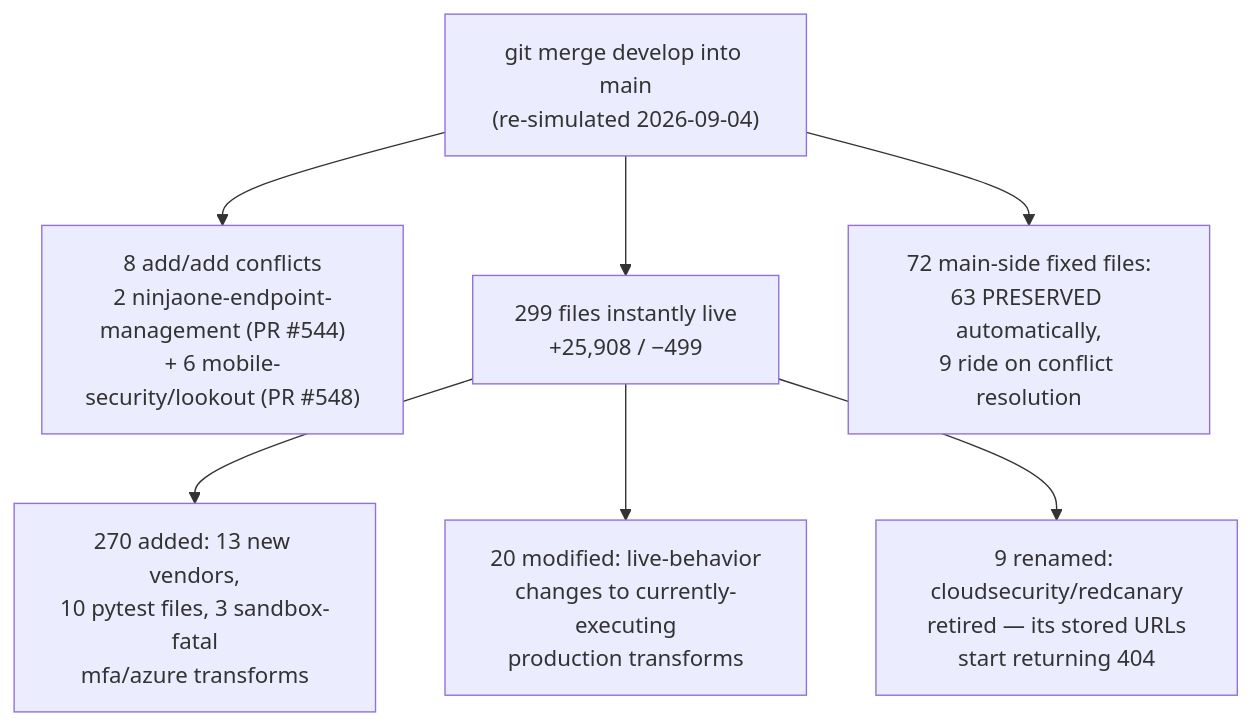
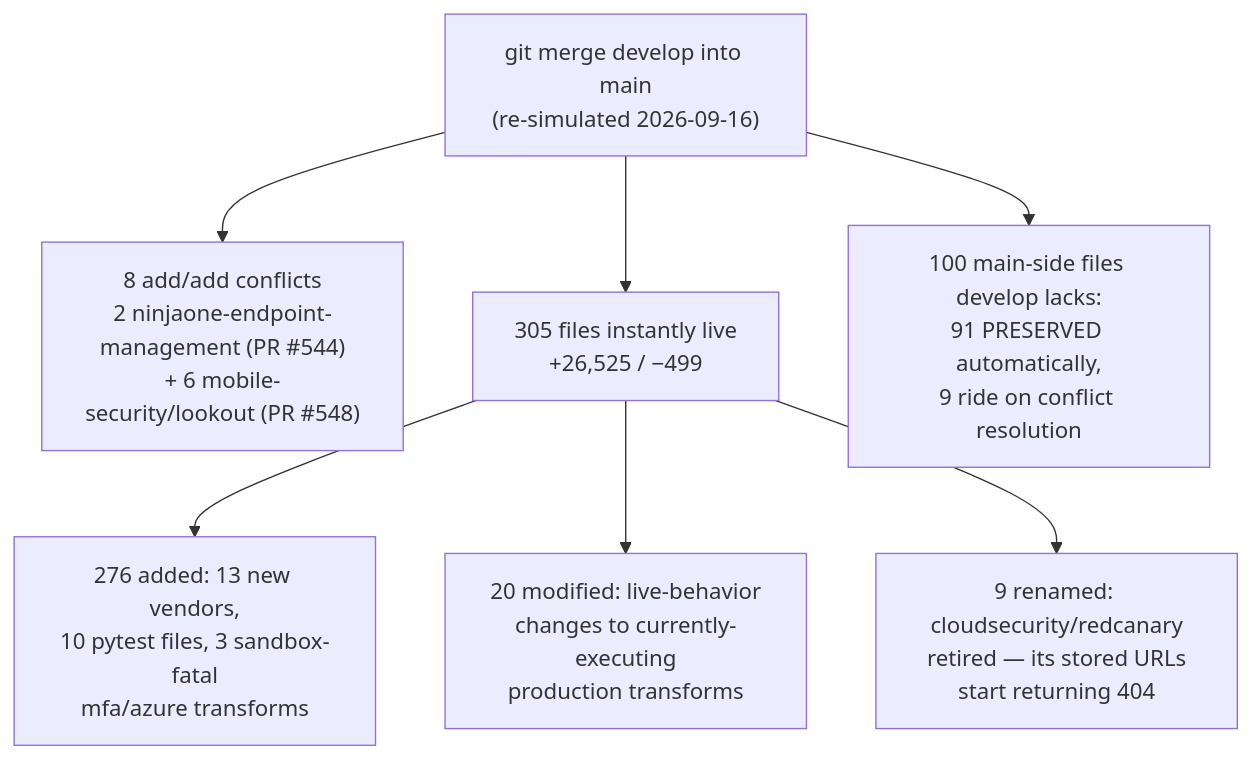
Before and after one commit to spektrum-labs/Transformations: the third of 3 diagrams in docs2/13-release-and-branches.md, drawn with Mermaid. The commit also changed other lines of this file and 7 other files, not shown here.

First line of the commit message:
docs: sync docs2 with develop @ d3bece29 and main @ 6c0e6e63

````diff
--- a/docs2/13-release-and-branches.md
+++ b/docs2/13-release-and-branches.md
@@ -143,16 +148,16 @@
 ```mermaid
 flowchart TD
-    merge["git merge develop into main<br/>(re-simulated 2026-09-04)"]
+    merge["git merge develop into main<br/>(re-simulated 2026-09-16)"]
     conflicts["8 add/add conflicts<br/>2 ninjaone-endpoint-management (PR #544)<br/>+ 6 mobile-security/lookout (PR #548)"]
-    payload["299 files instantly live<br/>+25,908 / −499"]
-    adds["270 added: 13 new vendors,<br/>10 pytest files, 3 sandbox-fatal<br/>mfa/azure transforms"]
+    payload["305 files instantly live<br/>+26,525 / −499"]
+    adds["276 added: 13 new vendors,<br/>10 pytest files, 3 sandbox-fatal<br/>mfa/azure transforms"]
     mods["20 modified: live-behavior<br/>changes to currently-executing<br/>production transforms"]
     renames["9 renamed: cloudsecurity/redcanary<br/>retired — its stored URLs<br/>start returning 404"]
-    kept["72 main-side fixed files:<br/>63 PRESERVED automatically,<br/>9 ride on conflict resolution"]
+    kept["100 main-side files develop lacks:<br/>91 PRESERVED automatically,<br/>9 ride on conflict resolution"]
     merge --> conflicts
     merge --> payload
     payload --> adds
     payload --> mods
     payload --> renames
     merge --> kept
 ```
````
